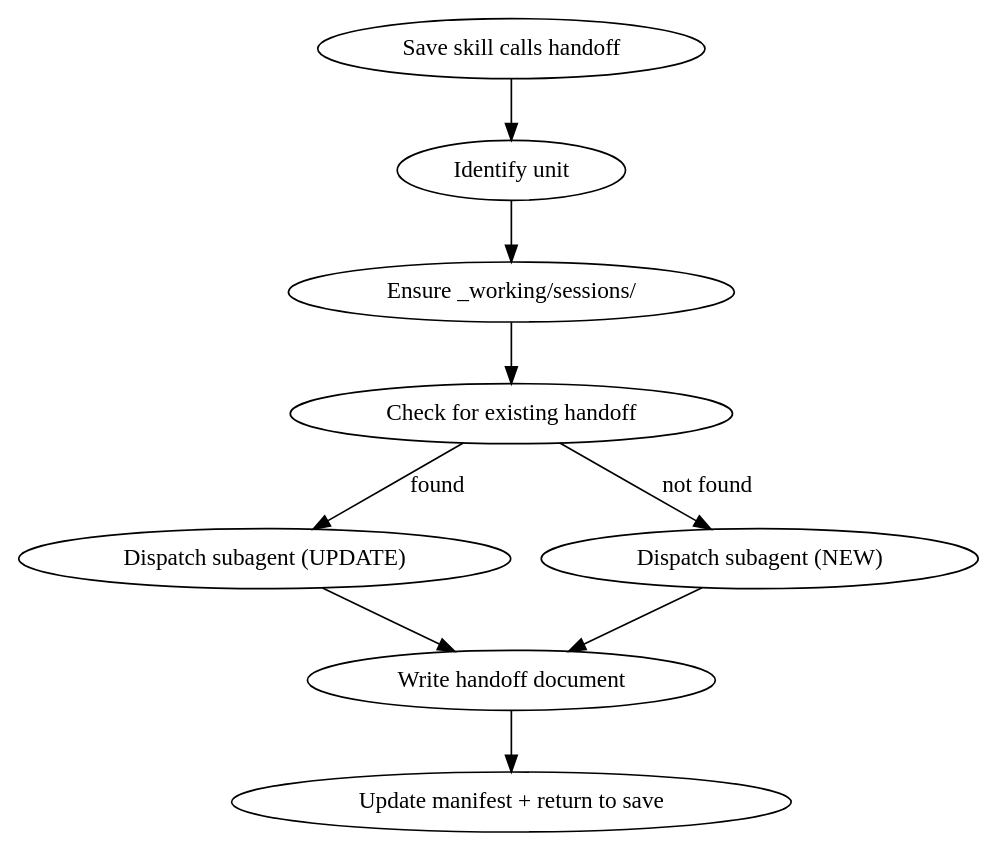
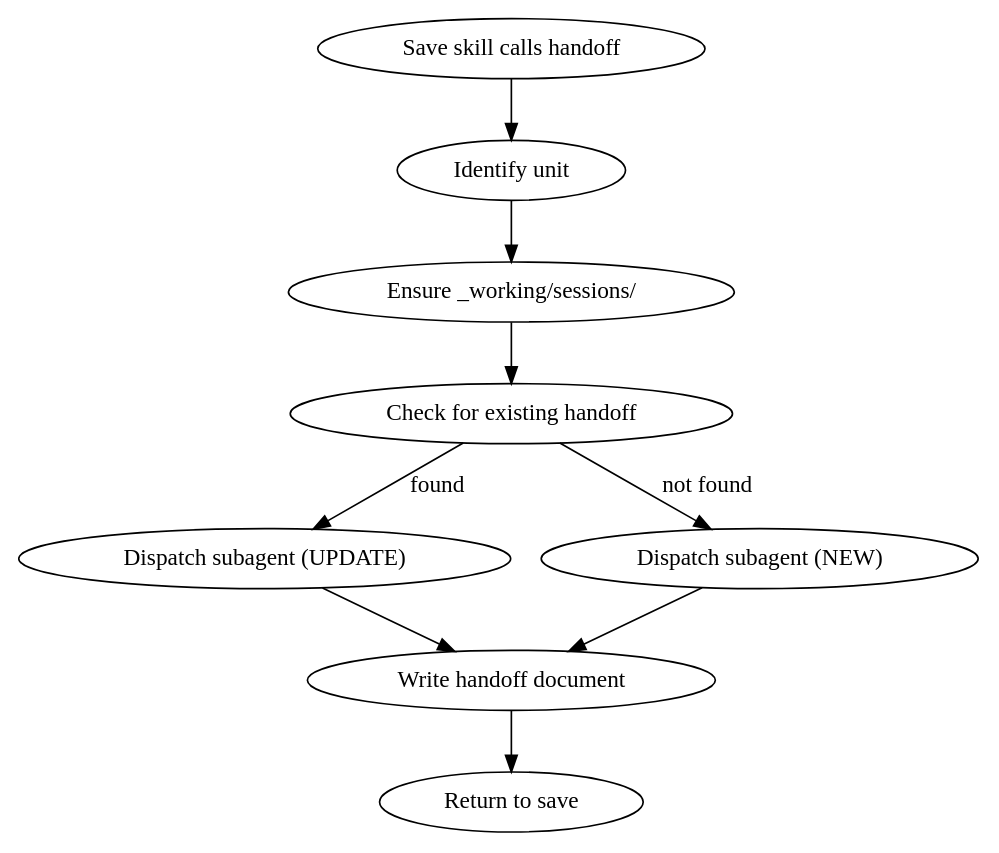
One commit to willsupernormal/alive-lean changed the diagram in skills/handoff/SKILL.md. Above: the diagram before and after it, drawn with Graphviz. The commit also changed other lines of this file and 6 other files, not shown here.

````diff
--- a/skills/handoff/SKILL.md
+++ b/skills/handoff/SKILL.md
@@ -40,12 +40,12 @@
 ```dot
 digraph handoff_flow {
     "Save skill calls handoff" -> "Identify unit";
     "Identify unit" -> "Ensure _working/sessions/";
     "Ensure _working/sessions/" -> "Check for existing handoff";
     "Check for existing handoff" -> "Dispatch subagent (UPDATE)" [label="found"];
     "Check for existing handoff" -> "Dispatch subagent (NEW)" [label="not found"];
     "Dispatch subagent (UPDATE)" -> "Write handoff document";
     "Dispatch subagent (NEW)" -> "Write handoff document";
-    "Write handoff document" -> "Update manifest + return to save";
+    "Write handoff document" -> "Return to save";
 }
 ```
````
